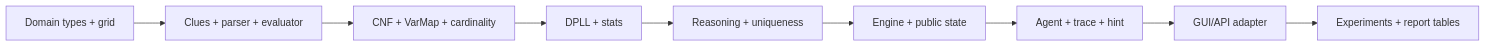
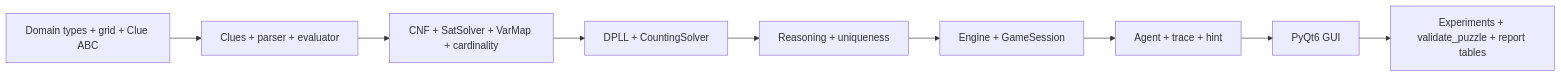
One commit to vannguyn/Griductive-Solver changed diagram 18 of 18 in Workflow.md. Above: the diagram before and after it, drawn with Mermaid. The commit also changed other lines of this file, not shown here.

Commit message:
docs(workflow): replace HTTP API with GameSession/PyQt6 flow and sync contracts

````diff
--- a/Workflow.md
+++ b/Workflow.md
@@ -888,11 +824,11 @@
 ```mermaid
 flowchart LR
-    A[Domain types + grid] --> B[Clues + parser + evaluator]
-    B --> C[CNF + VarMap + cardinality]
-    C --> D[DPLL + stats]
+    A[Domain types + grid + Clue ABC] --> B[Clues + parser + evaluator]
+    B --> C[CNF + SatSolver + VarMap + cardinality]
+    C --> D[DPLL + CountingSolver]
     D --> E[Reasoning + uniqueness]
-    E --> F[Engine + public state]
+    E --> F[Engine + GameSession]
     F --> G[Agent + trace + hint]
-    G --> H[GUI/API adapter]
-    H --> I[Experiments + report tables]
+    G --> H[PyQt6 GUI]
+    H --> I[Experiments + validate_puzzle + report tables]
 ```
````
